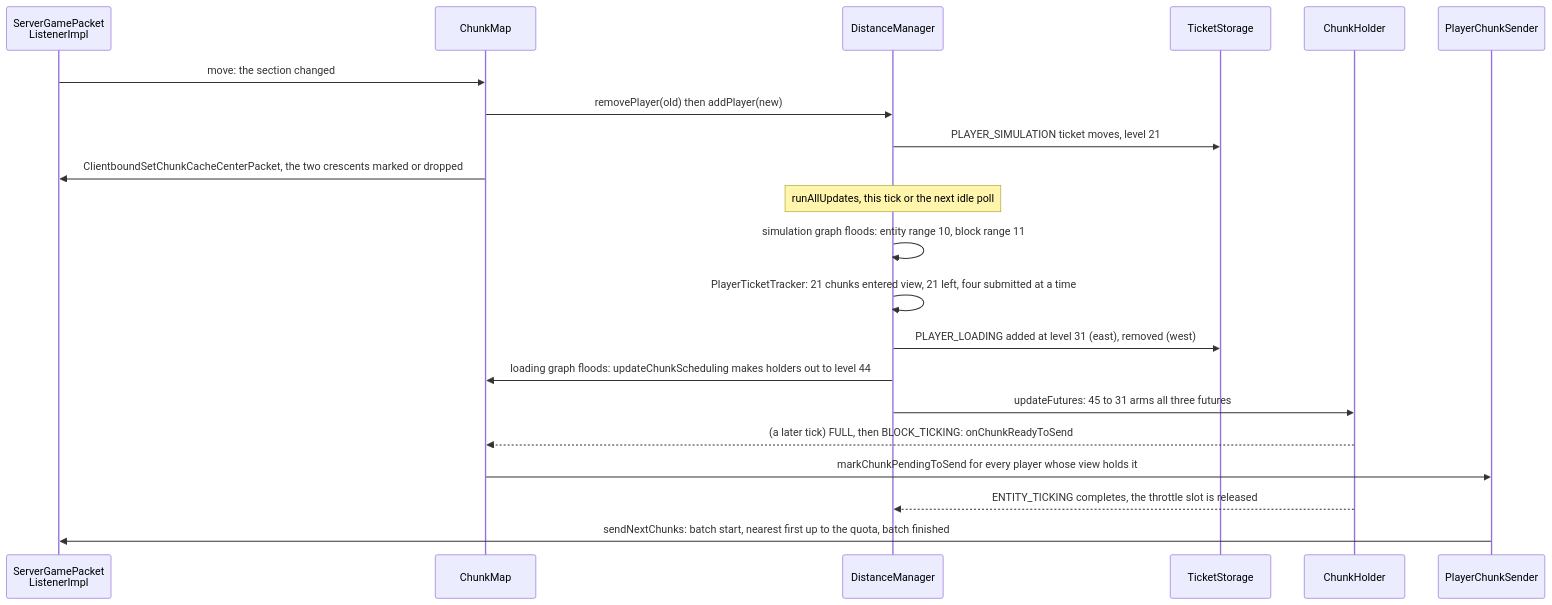
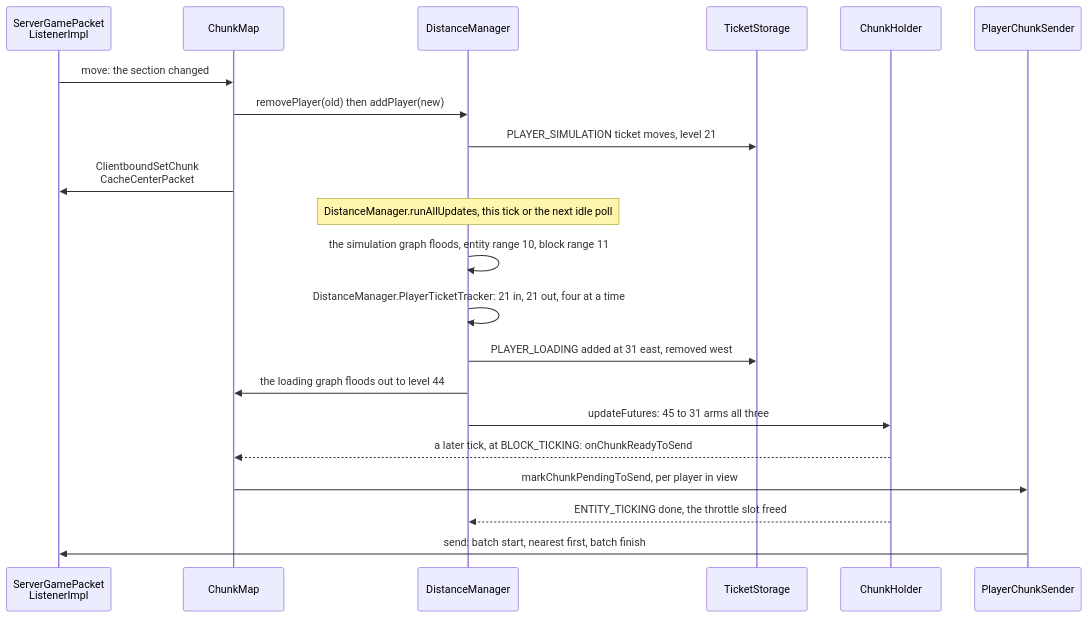
Before and after one commit to AlexanderjFraser/MinecraftDocs: the third of 3 diagrams in src/systems/world/tickets-and-loading.md, drawn with Mermaid. The commit also changed other lines of this file and 22 other files, not shown here.

````diff
--- a/src/systems/world/tickets-and-loading.md
+++ b/src/systems/world/tickets-and-loading.md
@@ -246,24 +266,24 @@
 ```mermaid
 sequenceDiagram
     participant SGPL as ServerGamePacket<br/>ListenerImpl
     participant CM as ChunkMap
     participant DM as DistanceManager
     participant TS as TicketStorage
     participant CH as ChunkHolder
     participant PCS as PlayerChunkSender
 
     SGPL->>CM: move: the section changed
     CM->>DM: removePlayer(old) then addPlayer(new)
     DM->>TS: PLAYER_SIMULATION ticket moves, level 21
-    CM->>SGPL: ClientboundSetChunkCacheCenterPacket, the two crescents marked or dropped
-    Note over DM: runAllUpdates, this tick or the next idle poll
-    DM->>DM: simulation graph floods: entity range 10, block range 11
-    DM->>DM: PlayerTicketTracker: 21 chunks entered view, 21 left, four submitted at a time
-    DM->>TS: PLAYER_LOADING added at level 31 (east), removed (west)
-    DM->>CM: loading graph floods: updateChunkScheduling makes holders out to level 44
-    DM->>CH: updateFutures: 45 to 31 arms all three futures
-    CH-->>CM: (a later tick) FULL, then BLOCK_TICKING: onChunkReadyToSend
-    CM->>PCS: markChunkPendingToSend for every player whose view holds it
-    CH-->>DM: ENTITY_TICKING completes, the throttle slot is released
-    PCS->>SGPL: sendNextChunks: batch start, nearest first up to the quota, batch finished
+    CM->>SGPL: ClientboundSetChunk<br/>CacheCenterPacket
+    Note over DM: DistanceManager.runAllUpdates, this tick or the next idle poll
+    DM->>DM: the simulation graph floods, entity range 10, block range 11
+    DM->>DM: DistanceManager.PlayerTicketTracker: 21 in, 21 out, four at a time
+    DM->>TS: PLAYER_LOADING added at 31 east, removed west
+    DM->>CM: the loading graph floods out to level 44
+    DM->>CH: updateFutures: 45 to 31 arms all three
+    CH-->>CM: a later tick, at BLOCK_TICKING: onChunkReadyToSend
+    CM->>PCS: markChunkPendingToSend, per player in view
+    CH-->>DM: ENTITY_TICKING done, the throttle slot freed
+    PCS->>SGPL: send: batch start, nearest first, batch finish
 ```
````
